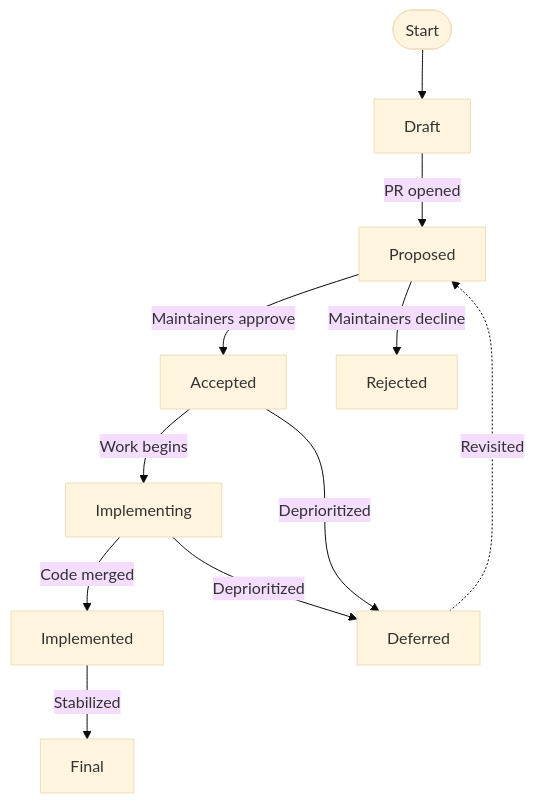
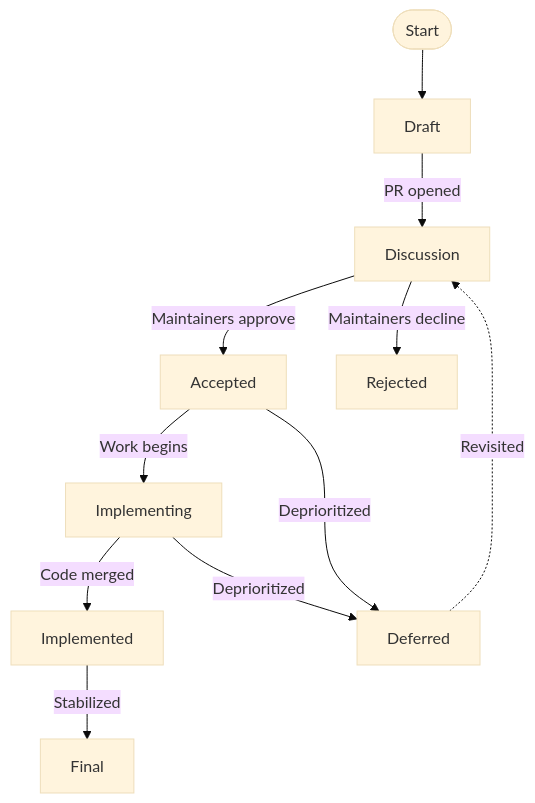
One commit to jumpstarter-dev/jumpstarter changed the diagram in python/docs/source/internal/jeps/JEP-0000-jep-process.md. Above: the diagram before and after it, drawn with Mermaid (base theme). The commit also changed other lines of this file and 10 other files, not shown here.

First line of the commit message:
Rename 'Proposed' status to 'Discussion' and remove ADR content

````diff
--- a/python/docs/source/internal/jeps/JEP-0000-jep-process.md
+++ b/python/docs/source/internal/jeps/JEP-0000-jep-process.md
@@ -106,13 +83,13 @@
 ```{mermaid}
 flowchart TD
     A([Start]) --> B[Draft]
-    B -->|PR opened| C[Proposed]
+    B -->|PR opened| C[Discussion]
     C -->|Maintainers approve| D[Accepted]
     C -->|Maintainers decline| E[Rejected]
     D -->|Work begins| F[Implementing]
     F -->|Code merged| G[Implemented]
     G -->|Stabilized| H[Final]
     F -->|Deprioritized| I[Deferred]
     D -->|Deprioritized| I
     I -.->|Revisited| C
 ```
````
